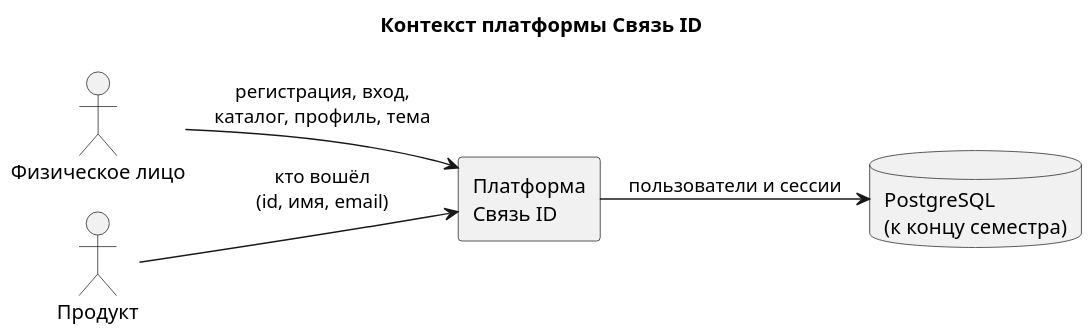
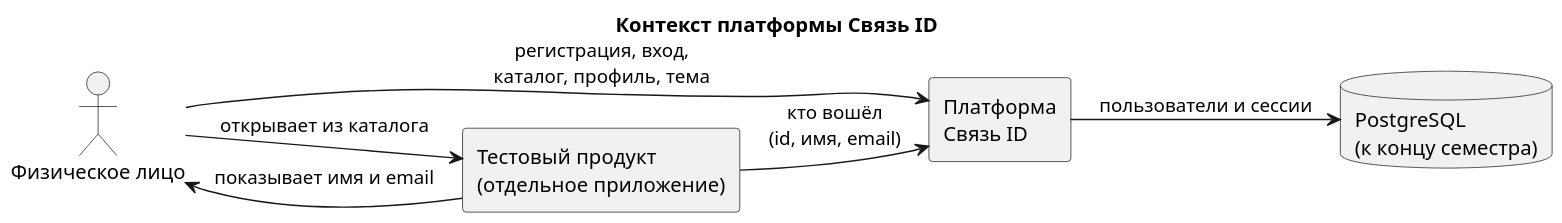
One commit to Wladislava1/integrator-platform changed the diagram in docs/diagrams/context.puml. Above: the diagram before and after it, drawn with PlantUML. The commit also changed 13 other files, not shown here.

First line of the commit message:
docs: тестовый продукт и более понятные диаграммы

```diff
--- a/docs/diagrams/context.puml
+++ b/docs/diagrams/context.puml
@@ -1,16 +1,18 @@
 @startuml context
 !pragma layout smetana
 skinparam defaultFontName Segoe UI
 skinparam dpi 140
 left to right direction
 title Контекст платформы Связь ID
 
 actor "Физическое лицо" as person
 rectangle "Платформа\nСвязь ID" as platform
-actor "Продукт" as product
+rectangle "Тестовый продукт\n(отдельное приложение)" as product
 database "PostgreSQL\n(к концу семестра)" as db
 
 person --> platform : регистрация, вход,\nкаталог, профиль, тема
+person --> product : открывает из каталога
 product --> platform : кто вошёл\n(id, имя, email)
+product --> person : показывает имя и email
 platform --> db : пользователи и сессии
 @enduml
```
